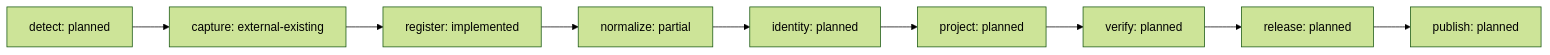
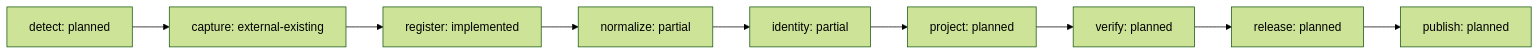
The second of 2 diagrams in docs/REPOSITORIES.md (rk-gamemods/HumanHostWiki), drawn with Mermaid (forest theme) before and after one commit. The commit also changed other lines of this file and 24 other files, not shown here.

````diff
--- a/docs/REPOSITORIES.md
+++ b/docs/REPOSITORIES.md
@@ -74,20 +74,20 @@
 ```mermaid
 flowchart LR
   detect["detect: planned"]
   capture["capture: external-existing"]
   detect --> capture
   register["register: implemented"]
   capture --> register
   normalize["normalize: partial"]
   register --> normalize
-  identity["identity: planned"]
+  identity["identity: partial"]
   normalize --> identity
   project["project: planned"]
   identity --> project
   verify["verify: planned"]
   project --> verify
   release["release: planned"]
   verify --> release
   publish["publish: planned"]
   release --> publish
 ```
````
